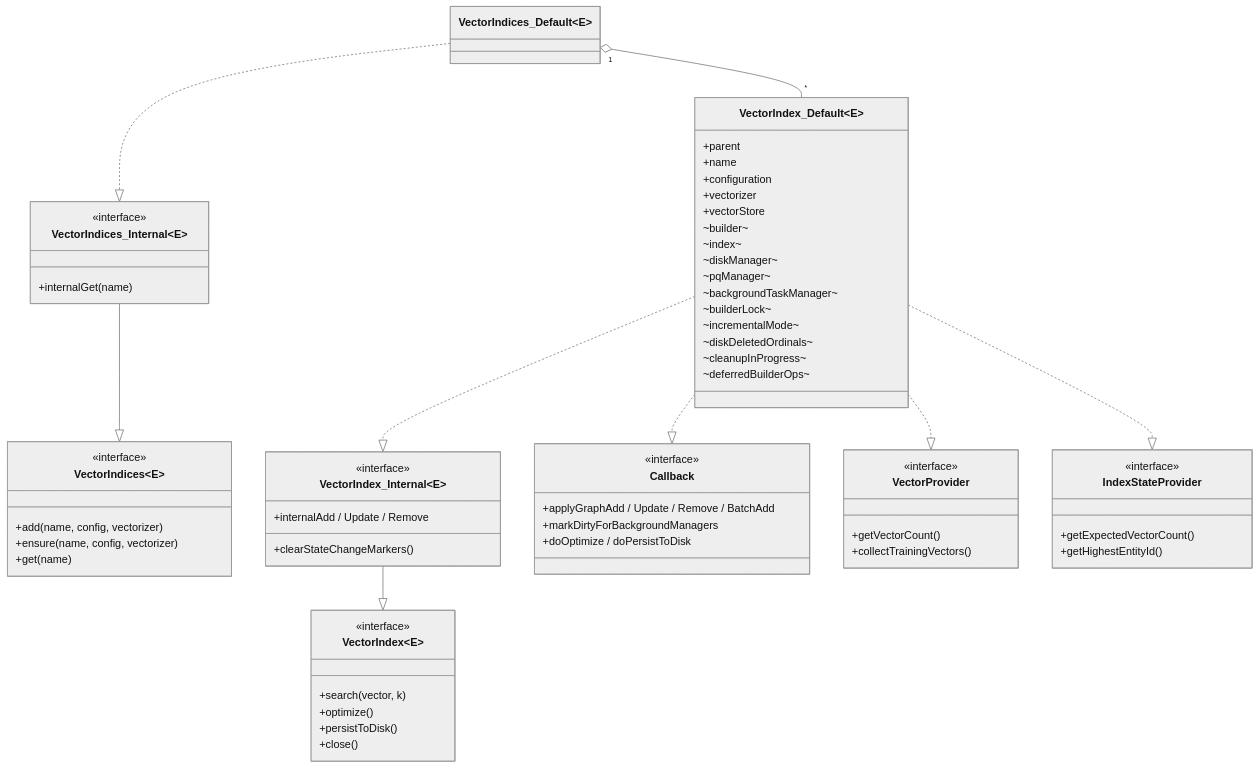
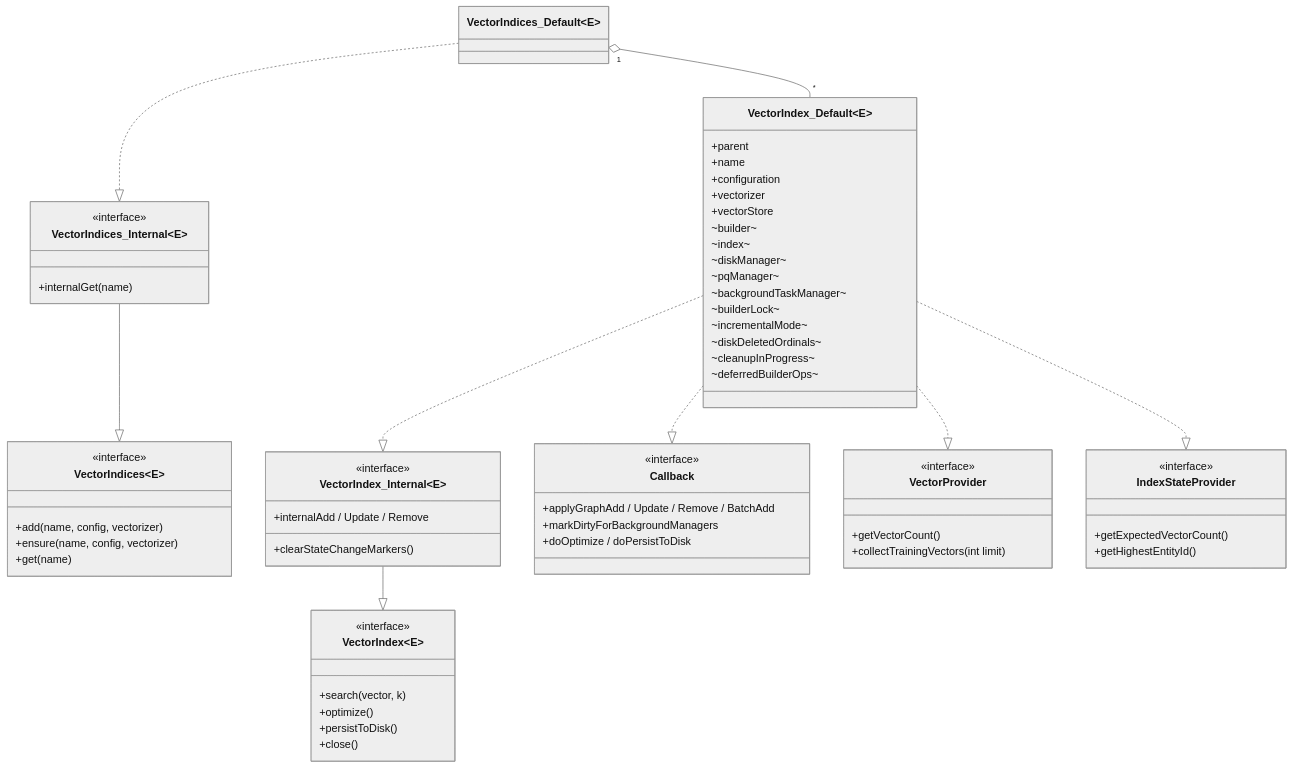
One commit to eclipse-store/store changed the second of 10 diagrams in gigamap/jvector/ARCHITECTURE.md. Above: the diagram before and after it, drawn with Mermaid (neutral theme). The commit also changed other lines of this file and 3 other files, not shown here.

````diff
--- a/gigamap/jvector/ARCHITECTURE.md
+++ b/gigamap/jvector/ARCHITECTURE.md
@@ -112,74 +112,74 @@
 ```mermaid
 classDiagram
     direction TB
 
     class VectorIndices~E~ {
         <<interface>>
         +add(name, config, vectorizer)
         +ensure(name, config, vectorizer)
         +get(name)
     }
     class VectorIndices_Internal~E~ {
         <<interface>>
         +internalGet(name)
     }
     class VectorIndices_Default~E~
 
     class VectorIndex~E~ {
         <<interface>>
         +search(vector, k)
         +optimize()
         +persistToDisk()
         +close()
     }
     class VectorIndex_Internal~E~ {
         <<interface>>
         +internalAdd / Update / Remove
         +clearStateChangeMarkers()
     }
     class VectorIndex_Default~E~ {
         +parent
         +name
         +configuration
         +vectorizer
         +vectorStore
         ~builder~
         ~index~
         ~diskManager~
         ~pqManager~
         ~backgroundTaskManager~
         ~builderLock~
         ~incrementalMode~
         ~diskDeletedOrdinals~
         ~cleanupInProgress~
         ~deferredBuilderOps~
     }
 
     class Callback {
         <<interface>>
         +applyGraphAdd / Update / Remove / BatchAdd
         +markDirtyForBackgroundManagers
         +doOptimize / doPersistToDisk
     }
     class VectorProvider {
         <<interface>>
         +getVectorCount()
-        +collectTrainingVectors()
+        +collectTrainingVectors(int limit)
     }
     class IndexStateProvider {
         <<interface>>
         +getExpectedVectorCount()
         +getHighestEntityId()
     }
 
     VectorIndices_Internal~E~ --|> VectorIndices~E~
     VectorIndices_Default~E~ ..|> VectorIndices_Internal~E~
 
     VectorIndex_Internal~E~ --|> VectorIndex~E~
     VectorIndex_Default~E~ ..|> VectorIndex_Internal~E~
     VectorIndex_Default~E~ ..|> Callback
     VectorIndex_Default~E~ ..|> VectorProvider
     VectorIndex_Default~E~ ..|> IndexStateProvider
 
     VectorIndices_Default~E~ "1" o-- "*" VectorIndex_Default~E~
 ```
````
